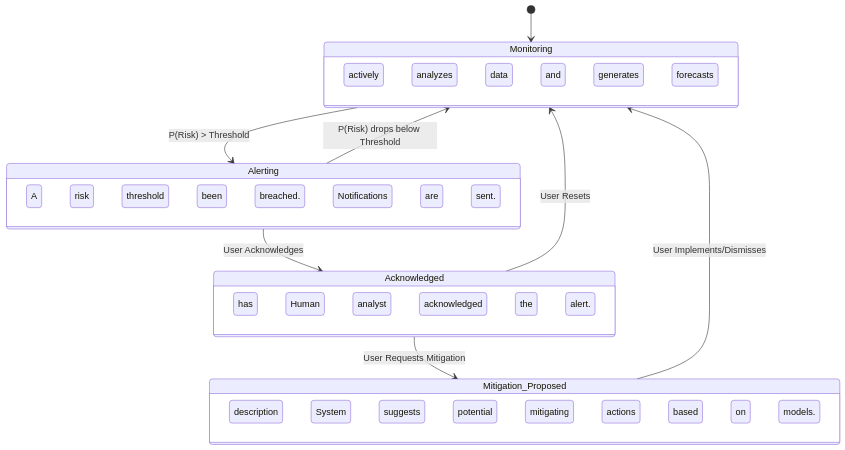
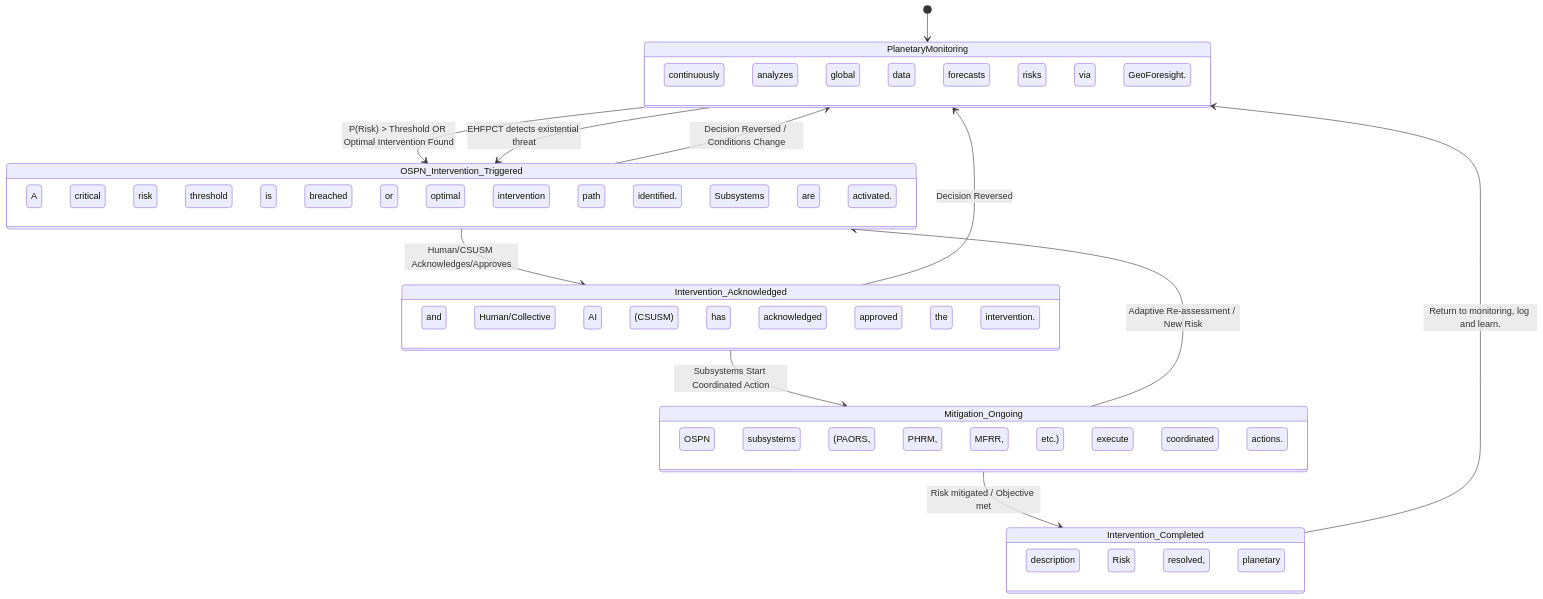
One commit to diplomat-bit/Citibank_Demo_Business_Inc_Demonstration- changed the ninth of 10 diagrams in inventions/119_ai_geopolitical_risk_forecasting.md. Above: the diagram before and after it, drawn with Mermaid. The commit also changed other lines of this file, not shown here.

Commit message:
[AI] Edit: inventions/119_ai_geopolitical_risk_forecasting.md

````diff
--- a/inventions/119_ai_geopolitical_risk_forecasting.md
+++ b/inventions/119_ai_geopolitical_risk_forecasting.md
@@ -479,23 +794,30 @@
 ```mermaid
 stateDiagram-v2
-    [*] --> Monitoring
-    state Monitoring {
-        description System actively analyzes data and generates forecasts
+    [*] --> PlanetaryMonitoring
+    state PlanetaryMonitoring {
+        description OSPN continuously analyzes global data and forecasts risks via GeoForesight.
     }
-    state Alerting {
-        description A risk threshold has been breached. Notifications are sent.
+    state OSPN_Intervention_Triggered {
+        description A critical risk threshold is breached or optimal intervention path identified. Subsystems are activated.
     }
-    state Acknowledged {
-        description Human analyst has acknowledged the alert.
+    state Intervention_Acknowledged {
+        description Human/Collective AI (CSUSM) has acknowledged and approved the intervention.
     }
-    state Mitigation_Proposed {
-        description System suggests potential mitigating actions based on models.
+    state Mitigation_Ongoing {
+        description OSPN subsystems (PAORS, PHRM, MFRR, etc.) execute coordinated actions.
+    }
+    state Intervention_Completed {
+        description Risk resolved, planetary state recalibrated, or objective achieved.
     }
 
-    Monitoring --> Alerting: P(Risk) > Threshold
-    Alerting --> Acknowledged: User Acknowledges
-    Acknowledged --> Monitoring: User Resets
-    Acknowledged --> Mitigation_Proposed: User Requests Mitigation
-    Mitigation_Proposed --> Monitoring: User Implements/Dismisses
-    Alerting --> Monitoring: P(Risk) drops below Threshold
+    PlanetaryMonitoring --> OSPN_Intervention_Triggered: P(Risk) > Threshold OR Optimal Intervention Found
+    OSPN_Intervention_Triggered --> Intervention_Acknowledged: Human/CSUSM Acknowledges/Approves
+    Intervention_Acknowledged --> Mitigation_Ongoing: Subsystems Start Coordinated Action
+    Mitigation_Ongoing --> Intervention_Completed: Risk mitigated / Objective met
+    Intervention_Completed --> PlanetaryMonitoring: Return to monitoring, log and learn.
+
+    OSPN_Intervention_Triggered --> PlanetaryMonitoring: Decision Reversed / Conditions Change
+    Intervention_Acknowledged --> PlanetaryMonitoring: Decision Reversed
+    Mitigation_Ongoing --> OSPN_Intervention_Triggered: Adaptive Re-assessment / New Risk
+    PlanetaryMonitoring --> OSPN_Intervention_Triggered: EHFPCT detects existential threat
 ```
````
